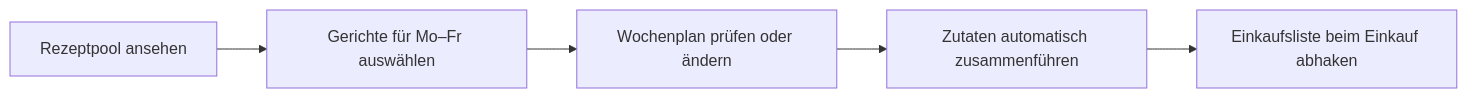
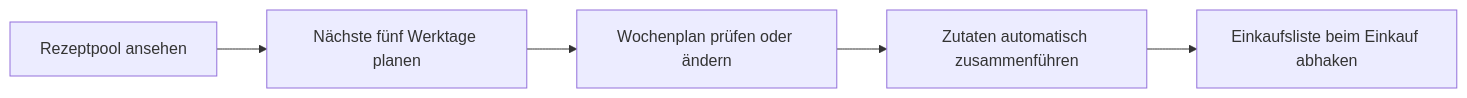
Before and after one commit to jrottergit/Futter: the diagram in docs/PRODUCT_PLAN.md, drawn with Mermaid. The commit also changed other lines of this file and 21 other files, not shown here.

````diff
--- a/docs/PRODUCT_PLAN.md
+++ b/docs/PRODUCT_PLAN.md
@@ -11,7 +11,7 @@
 ```mermaid
 flowchart LR
-  A[Rezeptpool ansehen] --> B[Gerichte für Mo–Fr auswählen]
+  A[Rezeptpool ansehen] --> B[Nächste fünf Werktage planen]
   B --> C[Wochenplan prüfen oder ändern]
   C --> D[Zutaten automatisch zusammenführen]
   D --> E[Einkaufsliste beim Einkauf abhaken]
 ```
````
